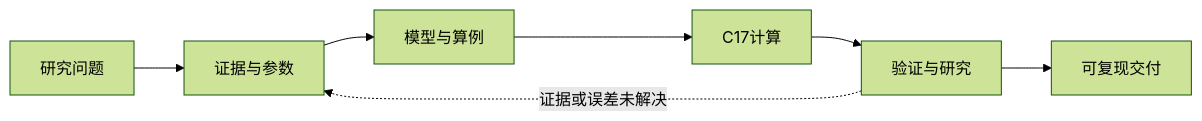
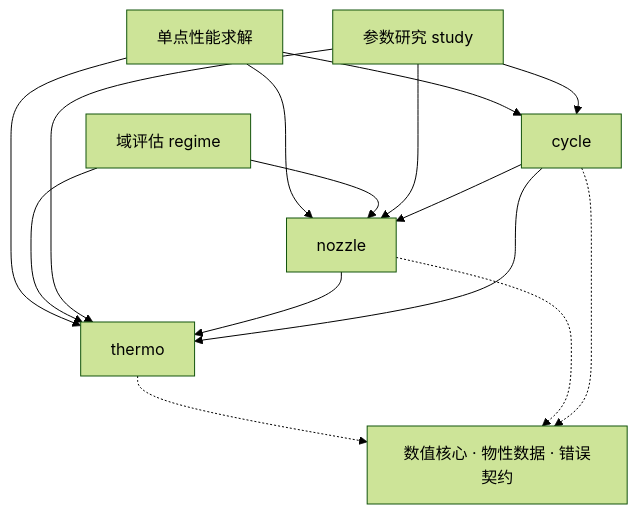
Before and after one commit to 2725238326/rocketperf-course-research: the diagram in docs/architecture/business.mmd, drawn with Mermaid (forest theme). The commit also changed 26 other files, not shown here.

First line of the commit message:
docs: redraw architecture and flow figures; drop rushed drafts

```diff
--- a/docs/architecture/business.mmd
+++ b/docs/architecture/business.mmd
@@ -1,7 +1,7 @@
-flowchart LR
-  Q[研究问题] --> E[证据与参数]
-  E --> M[模型与算例]
-  M --> C[C17计算]
-  C --> V[验证与研究]
-  V --> D[可复现交付]
-  V -. 证据或误差未解决 .-> E
+flowchart TD
+  A1[单点性能求解] --> T[thermo] & N[nozzle] & C[cycle]
+  A2[域评估 regime] --> N & T
+  A3[参数研究 study] --> N & T & C
+  C --> N --> T
+  C --> T
+  T & N & C -.-> F[数值核心 · 物性数据 · 错误契约]
```
